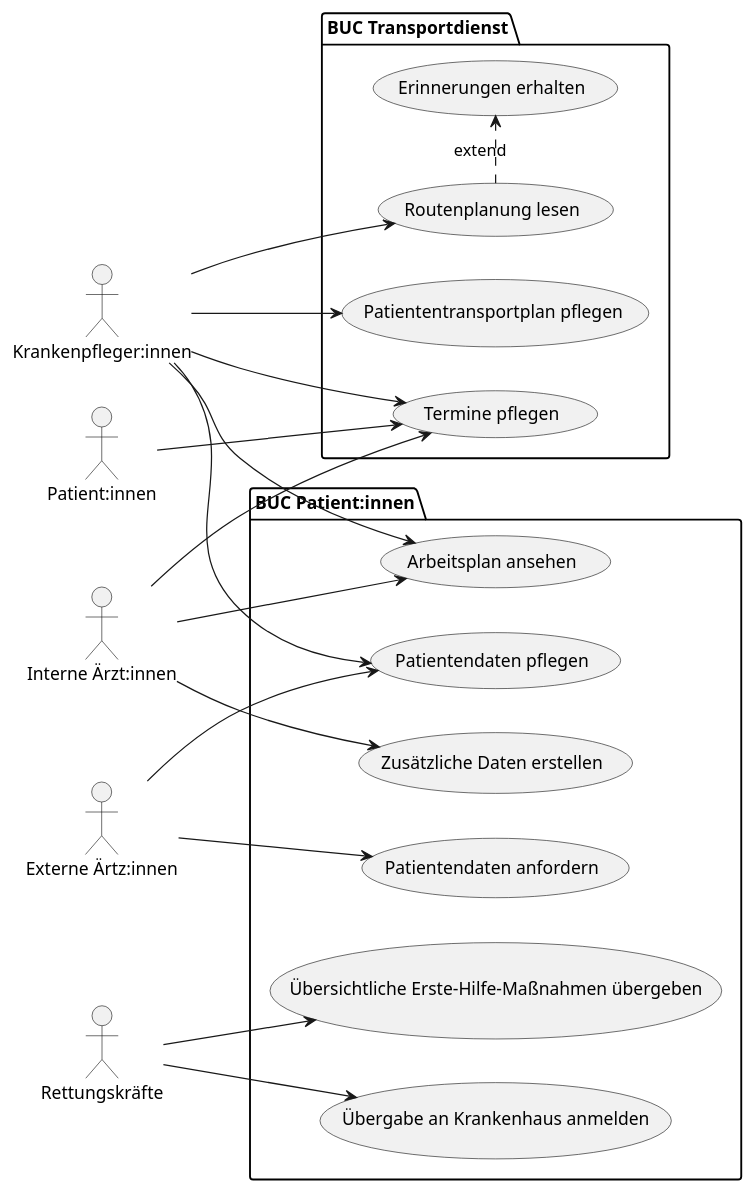
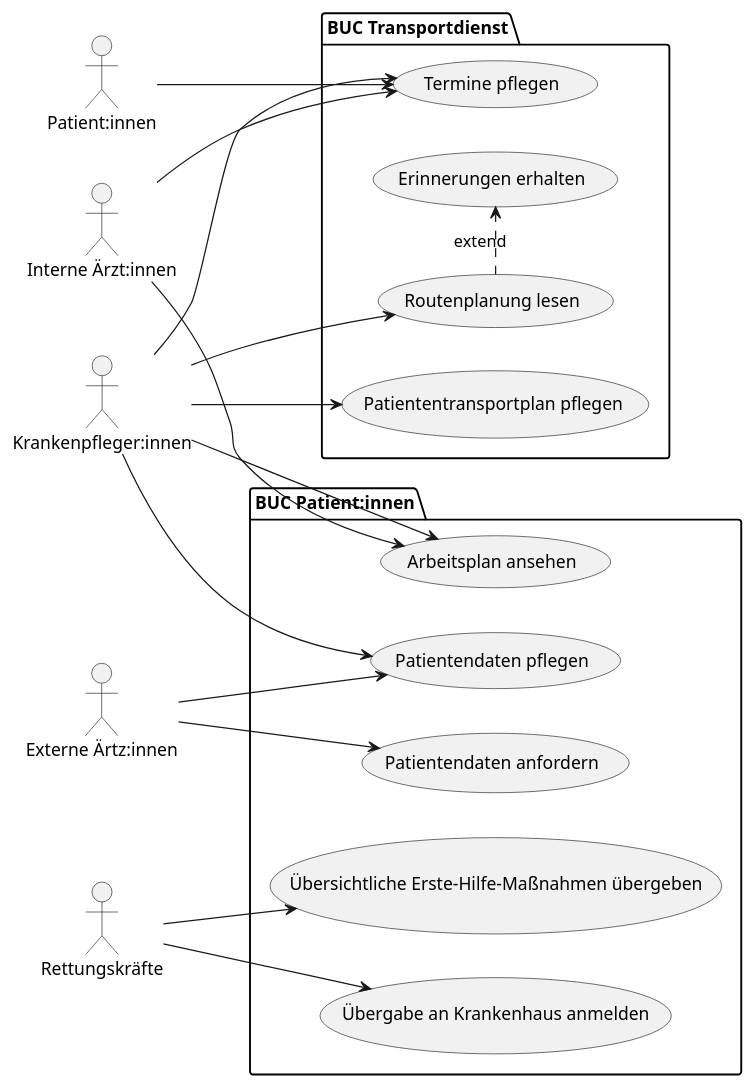
The first of 12 diagrams in docs/2_planning/1_business_use_cases.md (helenlaible/ss23-kba-project), drawn with PlantUML before and after one commit.

````diff
--- a/docs/2_planning/1_business_use_cases.md
+++ b/docs/2_planning/1_business_use_cases.md
@@ -5,49 +5,47 @@
 ```plantuml BUC Interne & externe Ärzte, Krankenpfleger und Rettungskräfte --
 left to right direction
 
 actor "Krankenpfleger:innen" as nurse
 actor "Interne Ärzt:innen" as int_docs
 actor "Rettungskräfte" as rescue
 actor "Externe Ärtz:innen" as ext_docs
 actor "Patient:innen" as patients
 
 package "BUC Patient:innen" {
   usecase "Arbeitsplan ansehen" as UC1
   usecase "Patientendaten pflegen" as UC2
-  usecase "Zusätzliche Daten erstellen" as UC3
 
-  usecase "Übersichtliche Erste-Hilfe-Maßnahmen übergeben" as UC4
-  usecase "Übergabe an Krankenhaus anmelden" as UC5
+  usecase "Übersichtliche Erste-Hilfe-Maßnahmen übergeben" as UC3
+  usecase "Übergabe an Krankenhaus anmelden" as UC4
 
-  usecase "Patientendaten anfordern" as UC6
+  usecase "Patientendaten anfordern" as UC5
 }
 
 nurse --> UC1
 nurse --> UC2
 
 int_docs --> UC1
-int_docs --> UC3
 
+rescue --> UC3
 rescue --> UC4
-rescue --> UC5
 
-ext_docs --> UC6
+ext_docs --> UC5
 ext_docs --> UC2
 
 
 package "BUC Transportdienst" {
   usecase "Patiententransportplan pflegen" as TUC1
   usecase "Routenplanung lesen" as TUC2
   usecase "Erinnerungen erhalten" as TUC3
   usecase "Termine pflegen" as TUC4
 }
 
 nurse --> TUC1
 nurse --> TUC2
 nurse --> TUC4
 (TUC2) .> (TUC3) : extend
 
 int_docs --> TUC4
 
 patients --> TUC4
 ```
````
